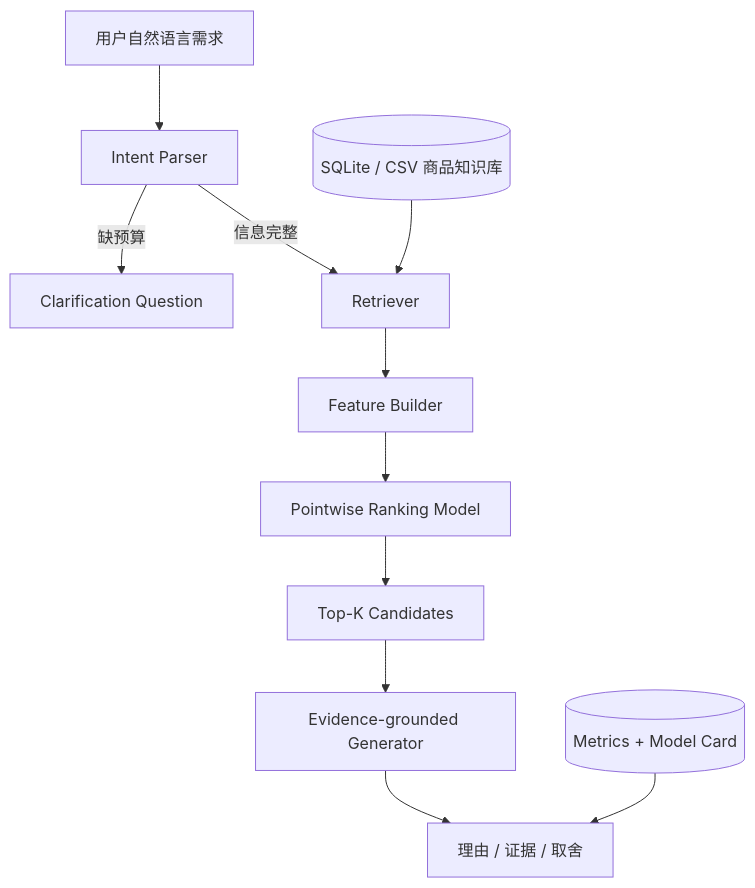
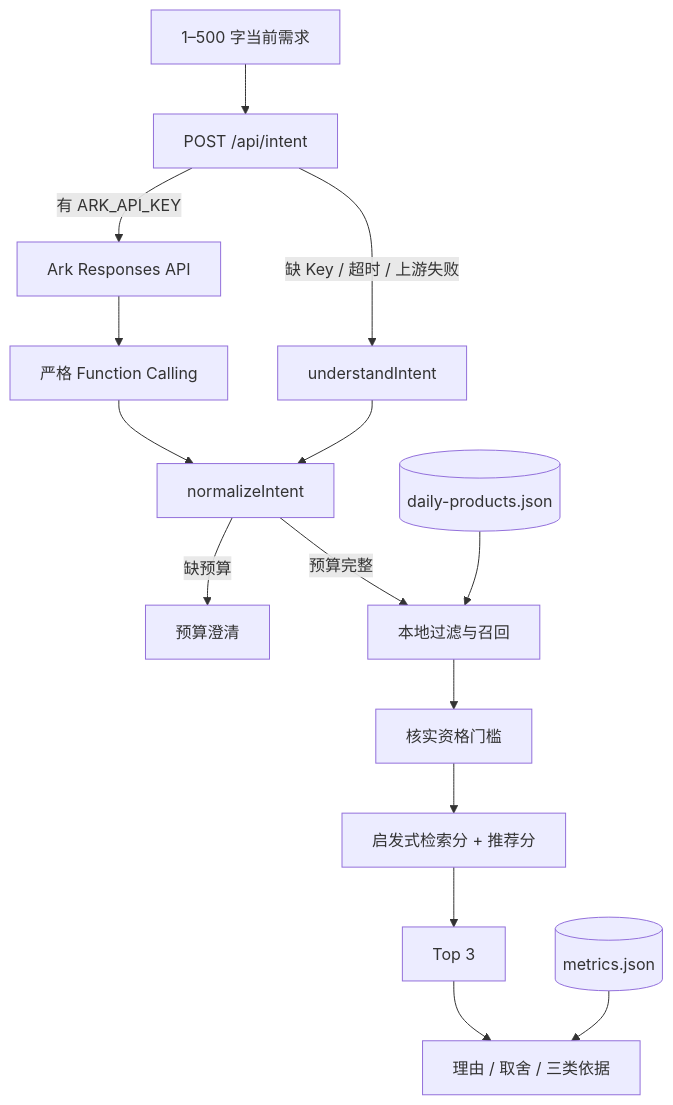
One commit to LICHENGYAN0316/zhixuan-ai-shopping-agent-cn changed the diagram in docs/系统架构与RAG流程.md. Above: the diagram before and after it, drawn with Mermaid. The commit also changed other lines of this file and 51 other files, not shown here.

````diff
--- a/docs/系统架构与RAG流程.md
+++ b/docs/系统架构与RAG流程.md
@@ -5,13 +5,17 @@
 ```mermaid
 flowchart TD
-    U[用户自然语言需求] --> I[Intent Parser]
-    I -->|缺预算| Q[Clarification Question]
-    I -->|信息完整| R[Retriever]
-    DB[(SQLite / CSV 商品知识库)] --> R
-    R --> X[Feature Builder]
-    X --> M[Pointwise Ranking Model]
-    M --> T[Top-K Candidates]
-    T --> G[Evidence-grounded Generator]
-    G --> UI[理由 / 证据 / 取舍]
-    E[(Metrics + Model Card)] --> UI
+    U[1–500 字当前需求] --> API[POST /api/intent]
+    API -->|有 ARK_API_KEY| ARK[Ark Responses API]
+    API -->|缺 Key / 超时 / 上游失败| LOCAL[understandIntent]
+    ARK --> FC[严格 Function Calling]
+    FC --> N[normalizeIntent]
+    LOCAL --> N
+    N -->|缺预算| Q[预算澄清]
+    N -->|预算完整| R[本地过滤与召回]
+    P[(daily-products.json)] --> R
+    R --> G[核实资格门槛]
+    G --> S[启发式检索分 + 推荐分]
+    S --> T[Top 3]
+    T --> UI[理由 / 取舍 / 三类依据]
+    M[(metrics.json)] --> UI
 ```
````
